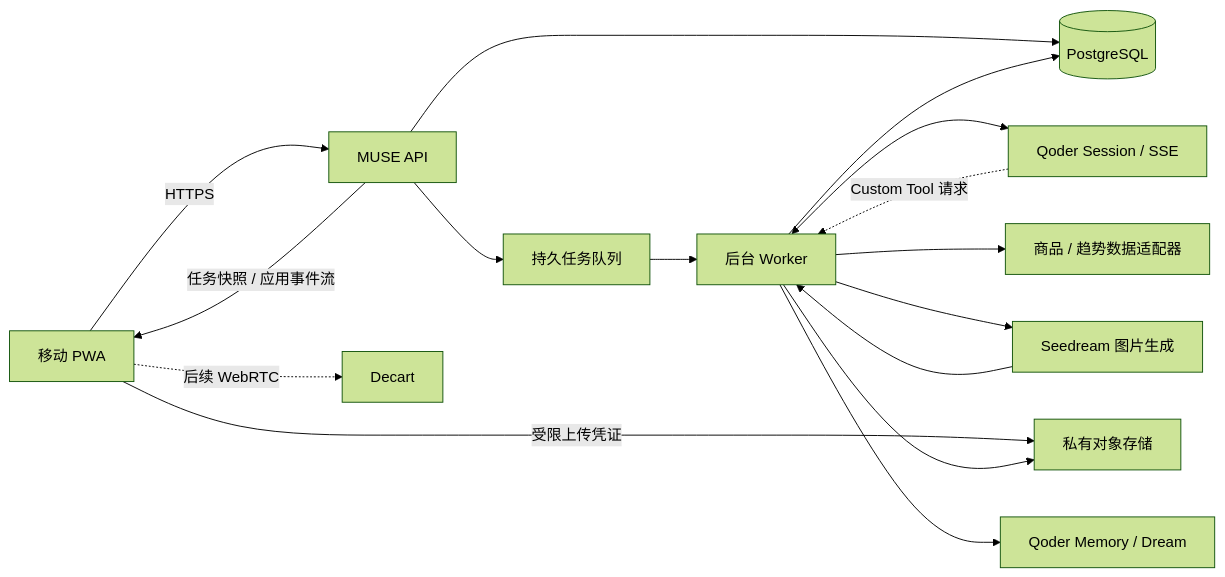
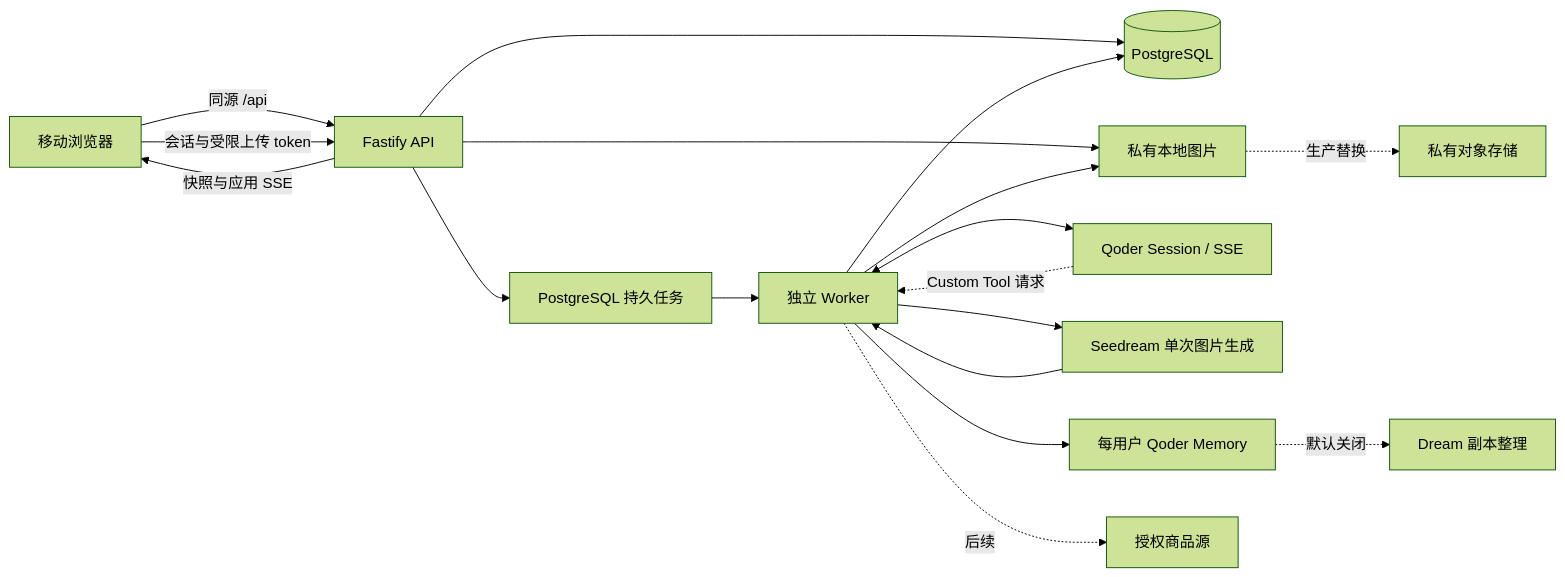
One commit to abdisabiadil9/muse-wardrobe changed the first of 2 diagrams in docs/SPEC.md. Above: the diagram before and after it, drawn with Mermaid (forest theme). The commit also changed other lines of this file and 97 other files, not shown here.

Commit message:
Implement local Qoder styling and Seedream try-on with durable jobs

````diff
--- a/docs/SPEC.md
+++ b/docs/SPEC.md
@@ -63,18 +68,20 @@
 ```mermaid
 flowchart LR
-  P[移动 PWA] -->|HTTPS| API[MUSE API]
+  P[移动浏览器] -->|同源 /api| API[Fastify API]
   API --> DB[(PostgreSQL)]
-  P -->|受限上传凭证| OBJ[私有对象存储]
-  API --> JOB[持久任务队列]
-  JOB --> W[后台 Worker]
+  P -->|会话与受限上传 token| API
+  API --> FILE[私有本地图片]
+  API --> JOB[PostgreSQL 持久任务]
+  JOB --> W[独立 Worker]
   W <--> Q[Qoder Session / SSE]
   Q -. Custom Tool 请求 .-> W
   W --> DB
-  W --> CAT[商品 / 趋势数据适配器]
-  W --> S[Seedream 图片生成]
+  W --> S[Seedream 单次图片生成]
   S --> W
-  W --> OBJ
-  W --> M[Qoder Memory / Dream]
-  API -->|任务快照 / 应用事件流| P
-  P -. 后续 WebRTC .-> D[Decart]
+  W --> FILE
+  W --> M[每用户 Qoder Memory]
+  API -->|快照与应用 SSE| P
+  W -. 后续 .-> CAT[授权商品源]
+  FILE -. 生产替换 .-> OBJ[私有对象存储]
+  M -. 默认关闭 .-> D[Dream 副本整理]
 ```
````
